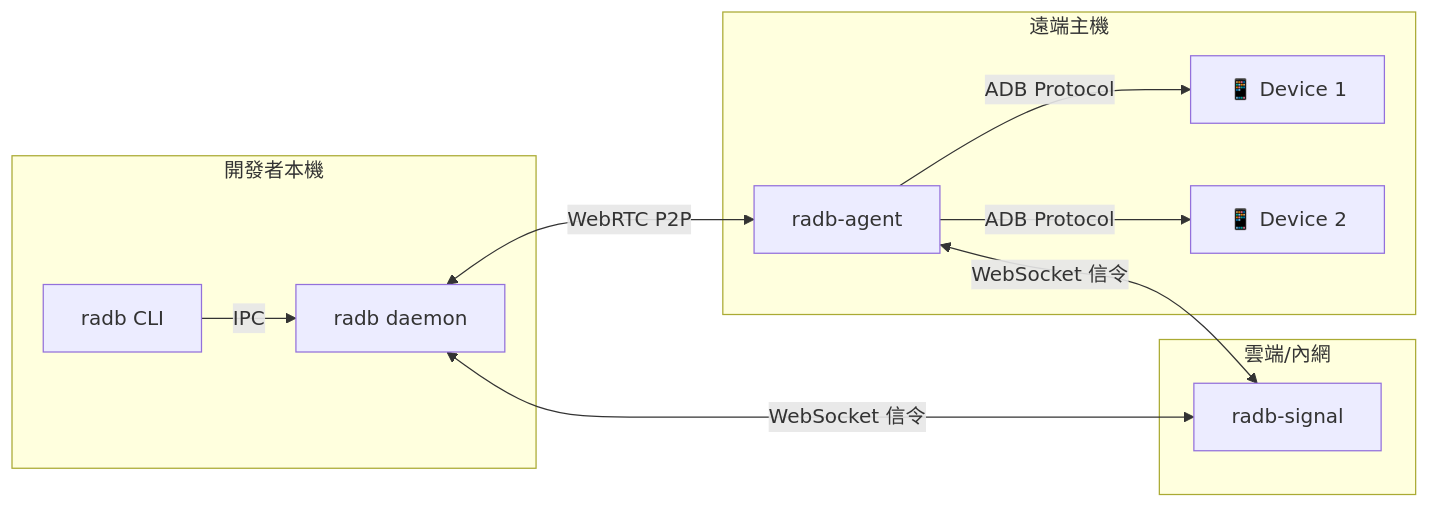
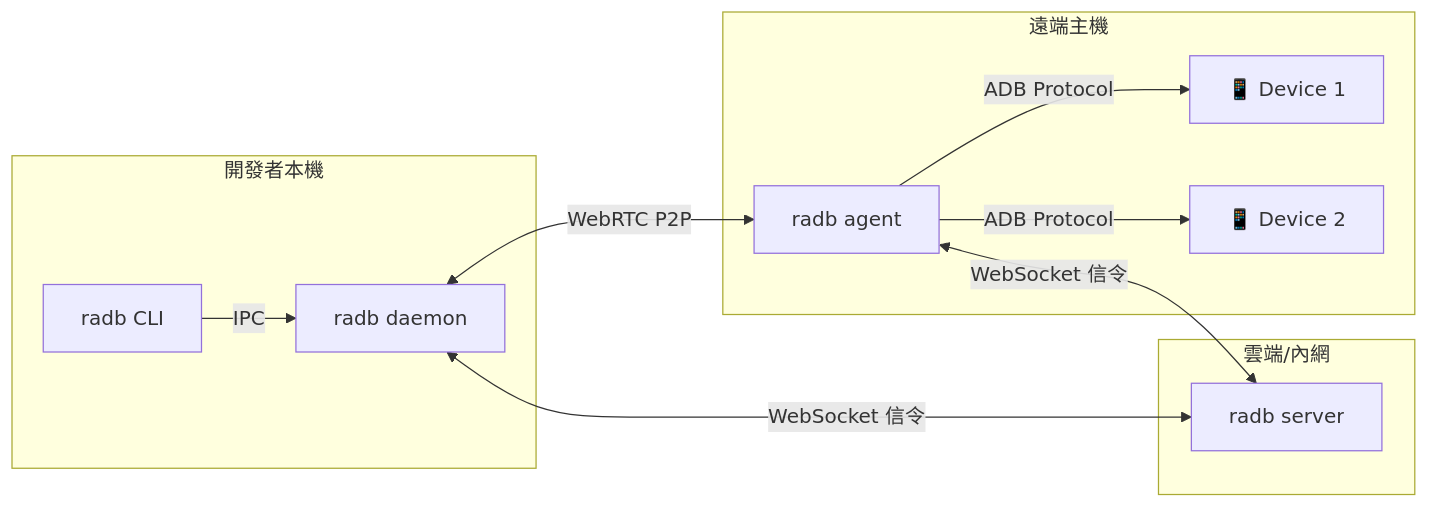
One commit to chris1004tw/remote-adb changed the diagram in README.md. Above: the diagram before and after it, drawn with Mermaid. The commit also changed other lines of this file and 4 other files, not shown here.

````diff
--- a/README.md
+++ b/README.md
@@ -20,24 +24,24 @@
 ```mermaid
 graph LR
     subgraph 開發者本機
         CLI[radb CLI]
         Daemon[radb daemon]
     end
 
     subgraph 雲端/內網
-        Signal[radb-signal]
+        Signal[radb server]
     end
 
     subgraph 遠端主機
-        Agent[radb-agent]
+        Agent[radb agent]
         Phone1[📱 Device 1]
         Phone2[📱 Device 2]
     end
 
     CLI -->|IPC| Daemon
     Daemon <-->|WebRTC P2P| Agent
     Daemon <-->|WebSocket 信令| Signal
     Agent <-->|WebSocket 信令| Signal
     Agent -->|ADB Protocol| Phone1
     Agent -->|ADB Protocol| Phone2
 ```
````
